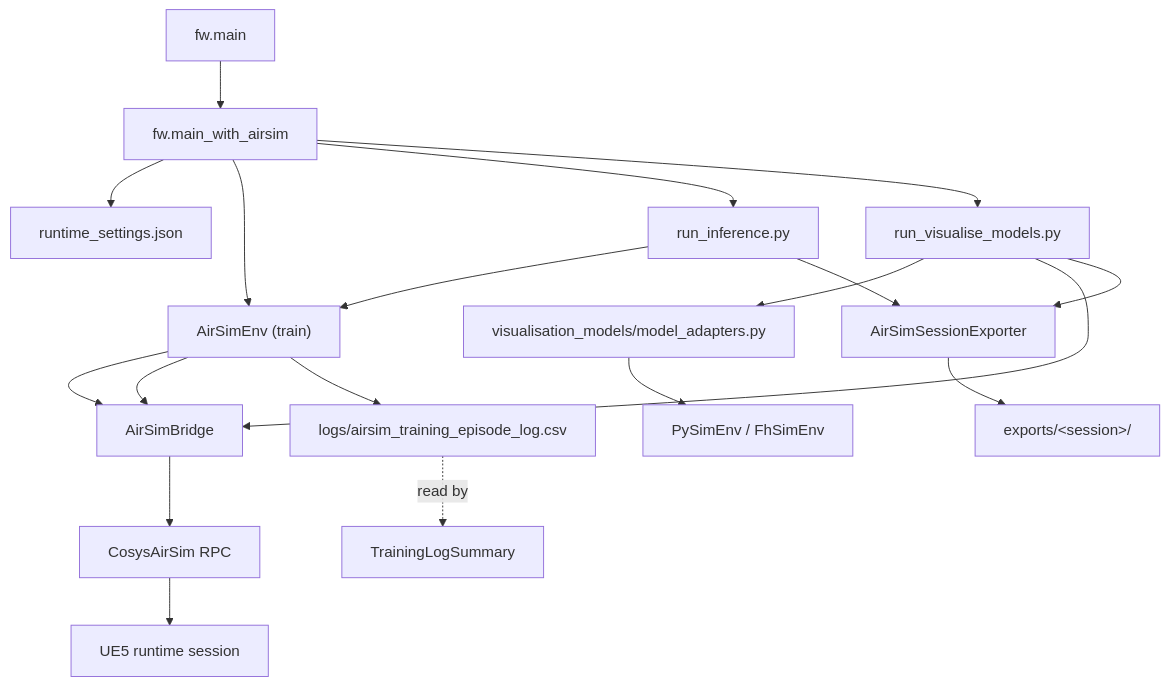
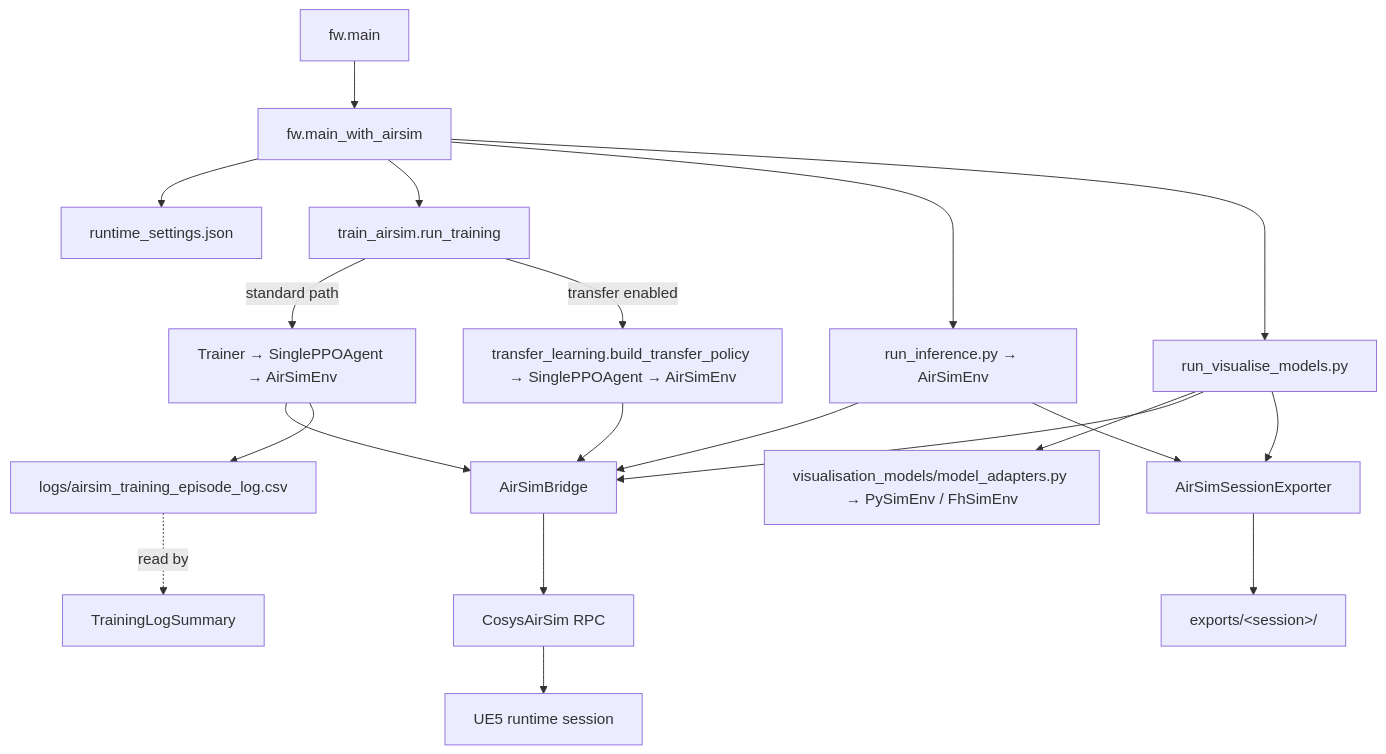
One commit to UAntwerpM4S/RudoLF changed the second of 6 diagrams in docs/airsim_architecture.md. Above: the diagram before and after it, drawn with Mermaid. The commit also changed other lines of this file and 12 other files, not shown here.

Commit message:
sprint 10-12 first final version: add transfer learning, stability tests, cosysairsim package, and config/doc overhaul

````diff
--- a/docs/airsim_architecture.md
+++ b/docs/airsim_architecture.md
@@ -30,26 +30,28 @@
 ```mermaid
 flowchart TD
     A["fw.main"] --> B["fw.main_with_airsim"]
     B --> C["runtime_settings.json"]
 
-    B --> D["AirSimEnv (train)"]
-    B --> E["run_inference.py"]
+    B --> RT["train_airsim.run_training"]
+    B --> E["run_inference.py → AirSimEnv"]
     B --> F["run_visualise_models.py"]
 
+    RT -->|standard path| D["Trainer → SinglePPOAgent → AirSimEnv"]
+    RT -->|transfer enabled| TL["transfer_learning.build_transfer_policy → SinglePPOAgent → AirSimEnv"]
+
     D --> G["AirSimBridge"]
-    E --> D
-    F --> H["visualisation_models/model_adapters.py"]
-    H --> I["PySimEnv / FhSimEnv"]
+    TL --> G
+    E --> G
+    F --> H["visualisation_models/model_adapters.py → PySimEnv / FhSimEnv"]
     F --> G
-    D --> G
 
     G --> J["CosysAirSim RPC"]
     J --> K["UE5 runtime session"]
 
     D --> L["logs/airsim_training_episode_log.csv"]
     L -.->|read by| N["TrainingLogSummary"]
 
     E --> M["AirSimSessionExporter"]
     F --> M
     M --> O["exports/&lt;session&gt;/"]
 ```
````
